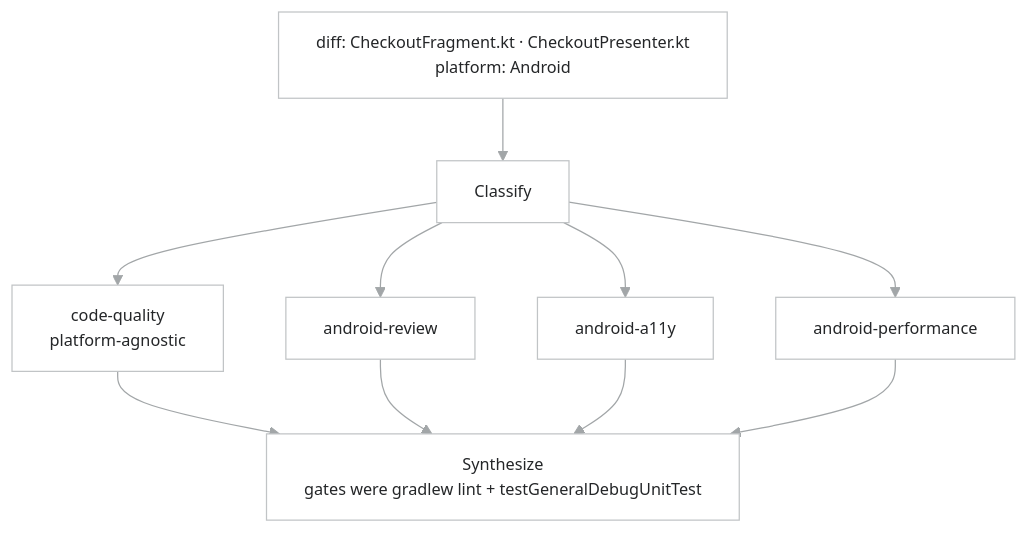
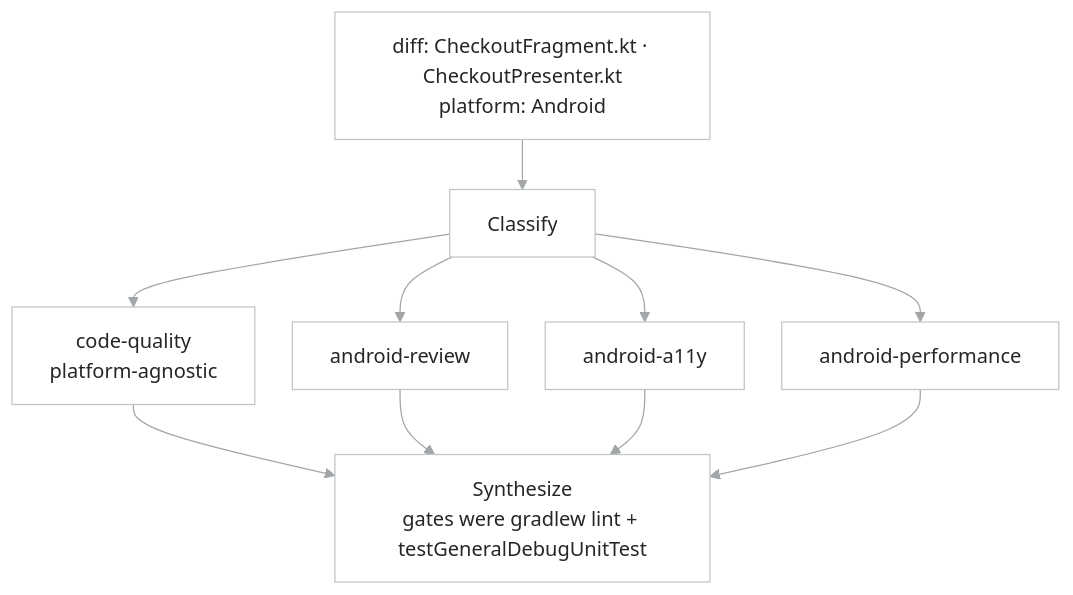
One commit to raditia/CraftKit changed diagram 12 of 17 in README.md. Above: the diagram before and after it, drawn with Mermaid. The commit also changed other lines of this file, not shown here.

First line of the commit message:
docs: make README diagrams readable at GitHub width

````diff
--- a/README.md
+++ b/README.md
@@ -760,29 +785,31 @@
 ```mermaid
 ---
 config:
   theme: base
   look: classic
   fontFamily: "-apple-system, BlinkMacSystemFont, Segoe UI, Helvetica, Arial, sans-serif"
   themeVariables:
     fontFamily: "-apple-system, BlinkMacSystemFont, Segoe UI, Helvetica, Arial, sans-serif"
-    fontSize: 13px
+    fontSize: 16px
     primaryColor: "#FFFFFF"
     primaryBorderColor: "#C1C4C6"
     primaryTextColor: "#242628"
     lineColor: "#A2A6A8"
     clusterBkg: "#F5FBFF"
     clusterBorder: "#F0F1F2"
     titleColor: "#707577"
     edgeLabelBackground: "#FFFFFF"
   flowchart:
     curve: basis
-    wrappingWidth: 640
+    wrappingWidth: 240
+    nodeSpacing: 30
+    rankSpacing: 40
 ---
 flowchart TD
-    A["diff: CheckoutFragment.kt · CheckoutPresenter.kt\nplatform: Android"] --> B[Classify]
-    B --> C["code-quality\nplatform-agnostic"]
+    A["diff: CheckoutFragment.kt · CheckoutPresenter.kt<br/>platform: Android"] --> B[Classify]
+    B --> C["code-quality<br/>platform-agnostic"]
     B --> D[android-review]
     B --> E[android-a11y]
     B --> F[android-performance]
-    C & D & E & F --> G["Synthesize\ngates were gradlew lint + testGeneralDebugUnitTest"]
+    C & D & E & F --> G["Synthesize<br/>gates were gradlew lint + testGeneralDebugUnitTest"]
 ```
````
